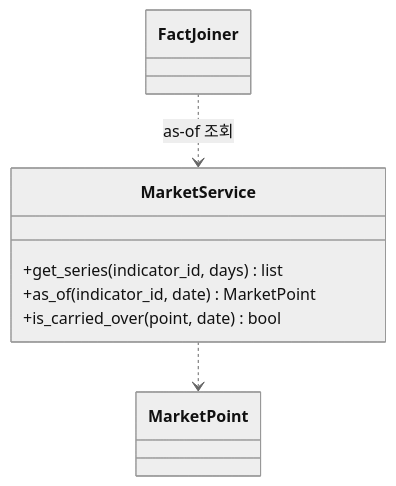
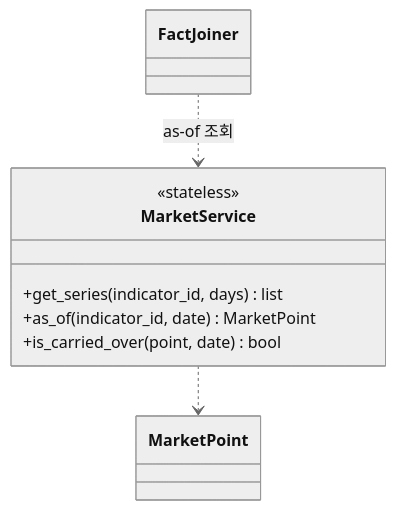
One commit to HoyoungParkme/tableau_platform changed diagram 25 of 29 in docs/specs/06-DOM/TBL-DOM-002.md. Above: the diagram before and after it, drawn with Mermaid (neutral theme). The commit also changed other lines of this file, not shown here.

````diff
--- a/docs/specs/06-DOM/TBL-DOM-002.md
+++ b/docs/specs/06-DOM/TBL-DOM-002.md
@@ -948,10 +956,11 @@
 ```mermaid
 classDiagram
   class MarketService {
+    <<stateless>>
     +get_series(indicator_id, days) list
     +as_of(indicator_id, date) MarketPoint
     +is_carried_over(point, date) bool
   }
   MarketService ..> MarketPoint
   FactJoiner ..> MarketService : as-of 조회
 ```
````
